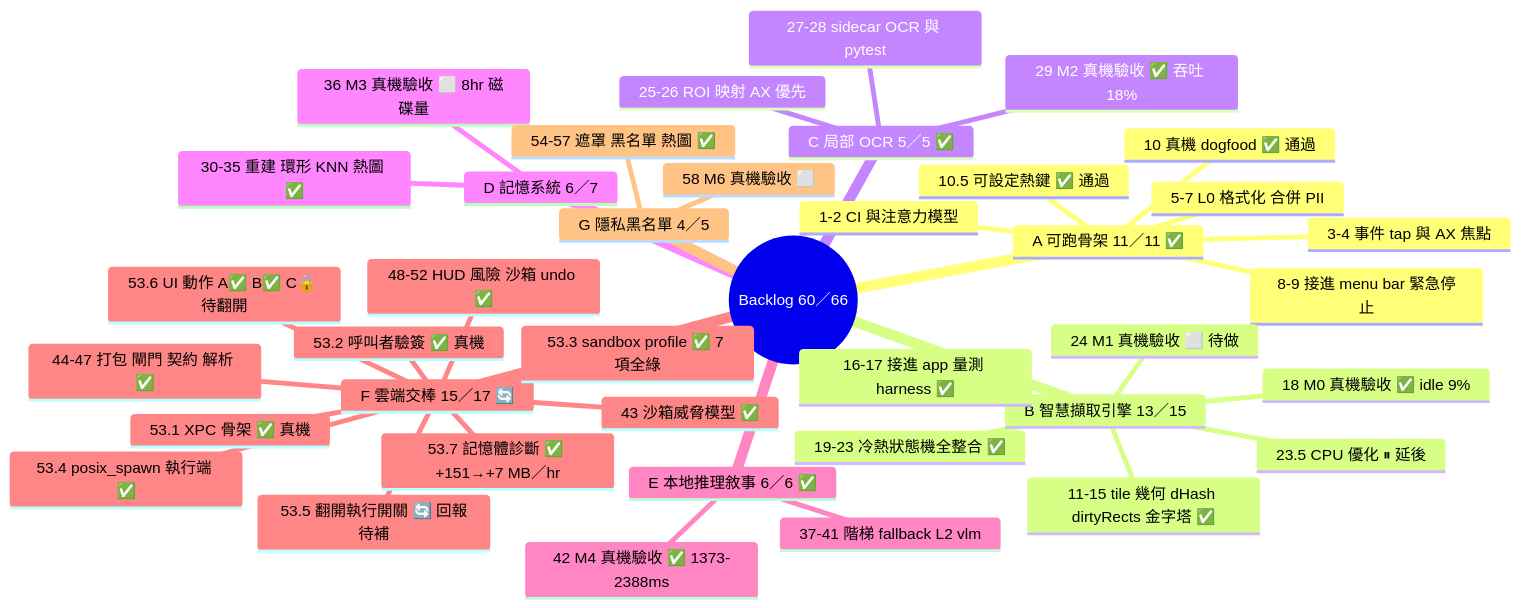
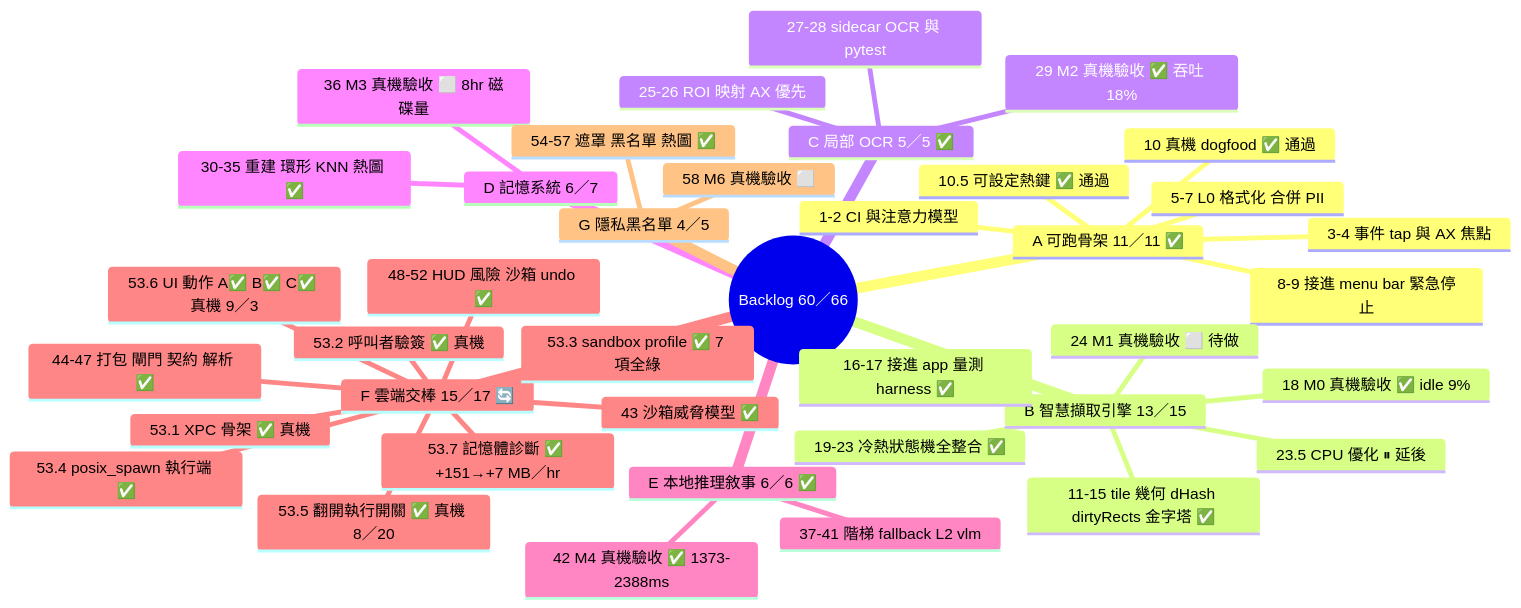
The third of 10 diagrams in docs/project-mindmap.md (pcpcchen-coder/CoPartner), drawn with Mermaid before and after one commit. The commit also changed other lines of this file and 1 other file, not shown here.

````diff
--- a/docs/project-mindmap.md
+++ b/docs/project-mindmap.md
@@ -183,42 +183,42 @@
 ```mermaid
 mindmap
   root((Backlog 60／66))
     A 可跑骨架 11／11 ✅
       1-2 CI 與注意力模型
       3-4 事件 tap 與 AX 焦點
       5-7 L0 格式化 合併 PII
       8-9 接進 menu bar 緊急停止
       10 真機 dogfood ✅ 通過
       10.5 可設定熱鍵 ✅ 通過
     B 智慧擷取引擎 13／15
       11-15 tile 幾何 dHash dirtyRects 金字塔 ✅
       16-17 接進 app 量測 harness ✅
       18 M0 真機驗收 ✅ idle 9%
       19-23 冷熱狀態機全整合 ✅
       23.5 CPU 優化 ⏸ 延後
       24 M1 真機驗收 ⬜ 待做
     C 局部 OCR 5／5 ✅
       25-26 ROI 映射 AX 優先
       27-28 sidecar OCR 與 pytest
       29 M2 真機驗收 ✅ 吞吐 18%
     D 記憶系統 6／7
       30-35 重建 環形 KNN 熱圖 ✅
       36 M3 真機驗收 ⬜ 8hr 磁碟量
     E 本地推理敘事 6／6 ✅
       37-41 階梯 fallback L2 vlm
       42 M4 真機驗收 ✅ 1373-2388ms
     F 雲端交棒 15／17 🔄
       43 沙箱威脅模型 ✅
       44-47 打包 閘門 契約 解析 ✅
       48-52 HUD 風險 沙箱 undo ✅
       53.1 XPC 骨架 ✅ 真機
       53.2 呼叫者驗簽 ✅ 真機
       53.3 sandbox profile ✅ 7 項全綠
       53.4 posix_spawn 執行端 ✅
-      53.5 翻開執行開關 🔄 回報待補
-      53.6 UI 動作 A✅ B✅ C🔒 待翻開
+      53.5 翻開執行開關 ✅ 真機 8／20
+      53.6 UI 動作 A✅ B✅ C✅ 真機 9／3
       53.7 記憶體診斷 ✅ +151→+7 MB／hr
     G 隱私黑名單 4／5
       54-57 遮罩 黑名單 熱圖 ✅
       58 M6 真機驗收 ⬜
 ```
````
